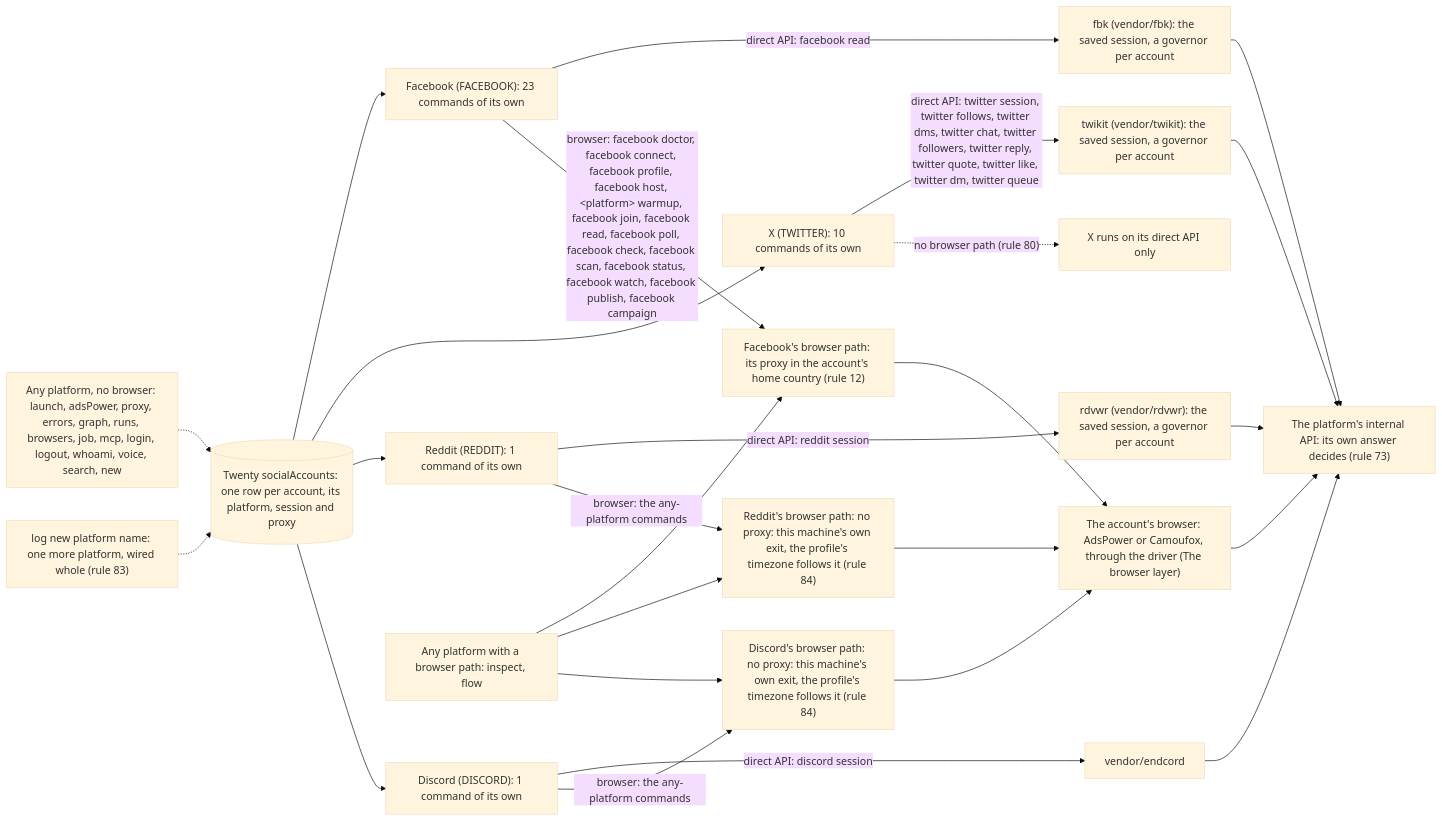
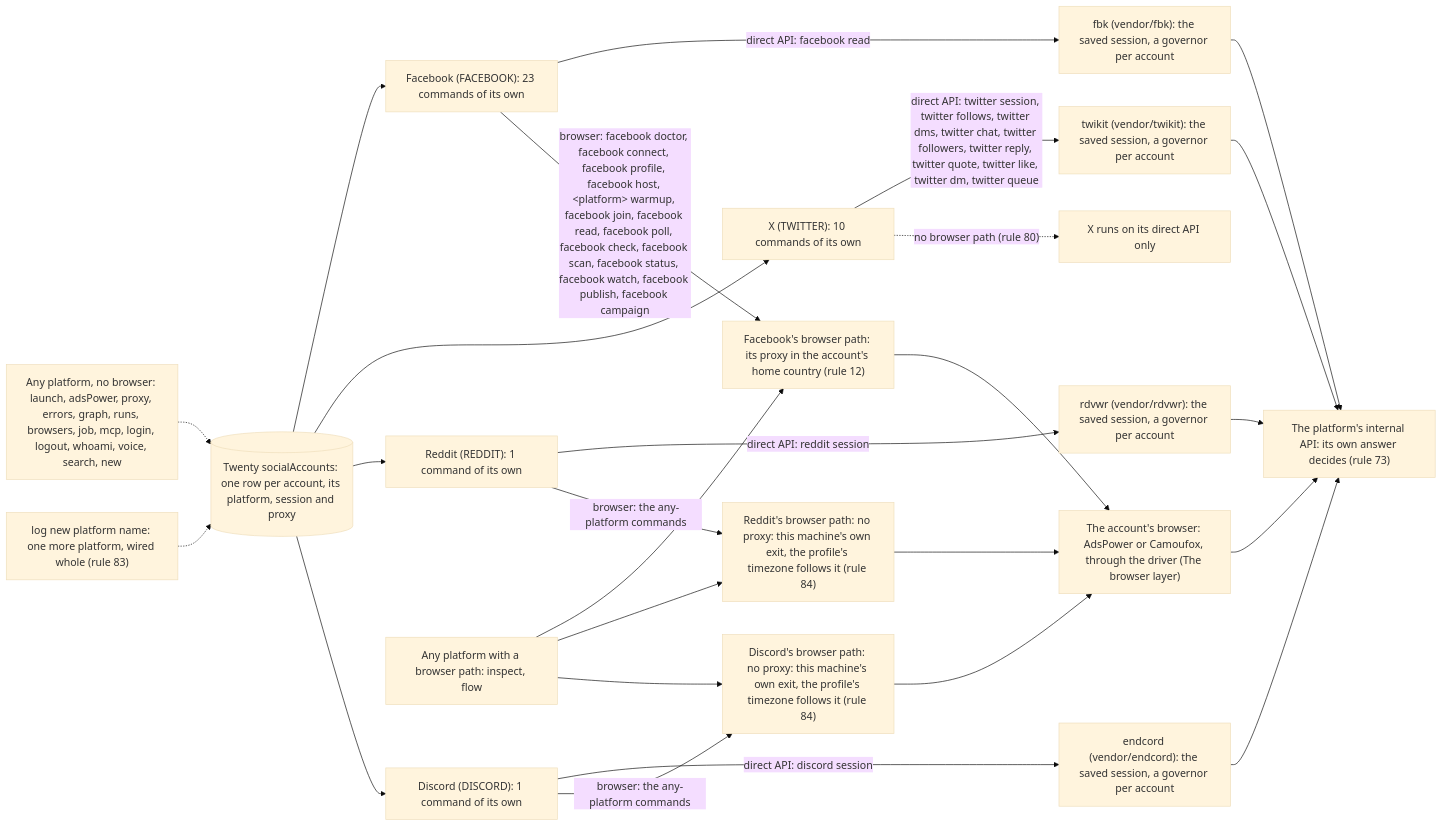
Before and after one commit to matthewdonsemail-lab/log: the first of 6 diagrams in README.md, drawn with Mermaid (base theme). The commit also changed other lines of this file and 4 other files, not shown here.

Commit message:
fix(discord): the route names its library endcord, not vendor/endcord

````diff
--- a/README.md
+++ b/README.md
@@ -126,37 +126,37 @@
 ```mermaid
 flowchart LR
   twenty[("Twenty socialAccounts: one row per account, its platform, session and proxy")]
   api["The platform's internal API: its own answer decides (rule 73)"]
   drivers["The account's browser: AdsPower or Camoufox, through the driver (The browser layer)"]
   p_facebook["Facebook (FACEBOOK): 23 commands of its own"]
   twenty --> p_facebook
   p_facebook -->|"direct API: facebook read"| e_fbk["fbk (vendor/fbk): the saved session, a governor per account"]
   e_fbk --> api
   p_facebook -->|"browser: facebook doctor, facebook connect, facebook profile, facebook host, #lt;platform#gt; warmup, facebook join, facebook read, facebook poll, facebook check, facebook scan, facebook status, facebook watch, facebook publish, facebook campaign"| b_facebook["Facebook's browser path: its proxy in the account's home country (rule 12)"]
   b_facebook --> drivers
   p_twitter["X (TWITTER): 10 commands of its own"]
   twenty --> p_twitter
   p_twitter -->|"direct API: twitter session, twitter follows, twitter dms, twitter chat, twitter followers, twitter reply, twitter quote, twitter like, twitter dm, twitter queue"| e_twikit["twikit (vendor/twikit): the saved session, a governor per account"]
   e_twikit --> api
   p_twitter -.->|"no browser path (rule 80)"| nob_twitter["X runs on its direct API only"]
   p_reddit["Reddit (REDDIT): 1 command of its own"]
   twenty --> p_reddit
   p_reddit -->|"direct API: reddit session"| e_rdvwr["rdvwr (vendor/rdvwr): the saved session, a governor per account"]
   e_rdvwr --> api
   p_reddit -->|"browser: the any-platform commands"| b_reddit["Reddit's browser path: no proxy: this machine's own exit, the profile's timezone follows it (rule 84)"]
   b_reddit --> drivers
   p_discord["Discord (DISCORD): 1 command of its own"]
   twenty --> p_discord
-  p_discord -->|"direct API: discord session"| e_vendor_endcord["vendor/endcord"]
-  e_vendor_endcord --> api
+  p_discord -->|"direct API: discord session"| e_endcord["endcord (vendor/endcord): the saved session, a governor per account"]
+  e_endcord --> api
   p_discord -->|"browser: the any-platform commands"| b_discord["Discord's browser path: no proxy: this machine's own exit, the profile's timezone follows it (rule 84)"]
   b_discord --> drivers
   anyB["Any platform with a browser path: inspect, flow"]
   anyB --> b_facebook
   anyB --> b_reddit
   anyB --> b_discord
   anyN["Any platform, no browser: launch, adsPower, proxy, errors, graph, runs, browsers, job, mcp, login, logout, whoami, voice, search, new"]
   anyN -.-> twenty
   newP["log new platform name: one more platform, wired whole (rule 83)"] -.-> twenty
   drivers --> api
 ```
````
